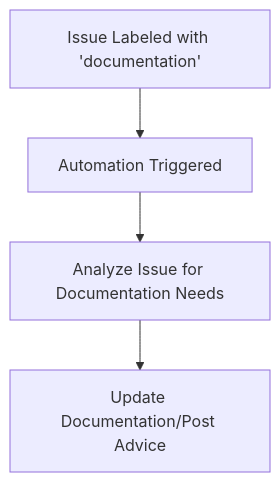
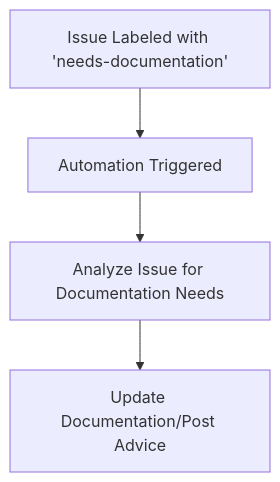
The diagram in automations/help-with-documentation/README.md (PR-Pilot-AI/smart-workflows), drawn with Mermaid before and after one commit. The commit also changed other lines of this file and 3 other files, not shown here.

Commit message:
Adjust documentation workflow to use needs-documentation label

````diff
--- a/automations/help-with-documentation/README.md
+++ b/automations/help-with-documentation/README.md
@@ -12,6 +12,6 @@
 ```mermaid
 graph TD;
-    A[Issue Labeled with 'documentation'] --> B[Automation Triggered];
+    A[Issue Labeled with 'needs-documentation'] --> B[Automation Triggered];
     B --> C[Analyze Issue for Documentation Needs];
     C --> D[Update Documentation/Post Advice];
 ```
````
